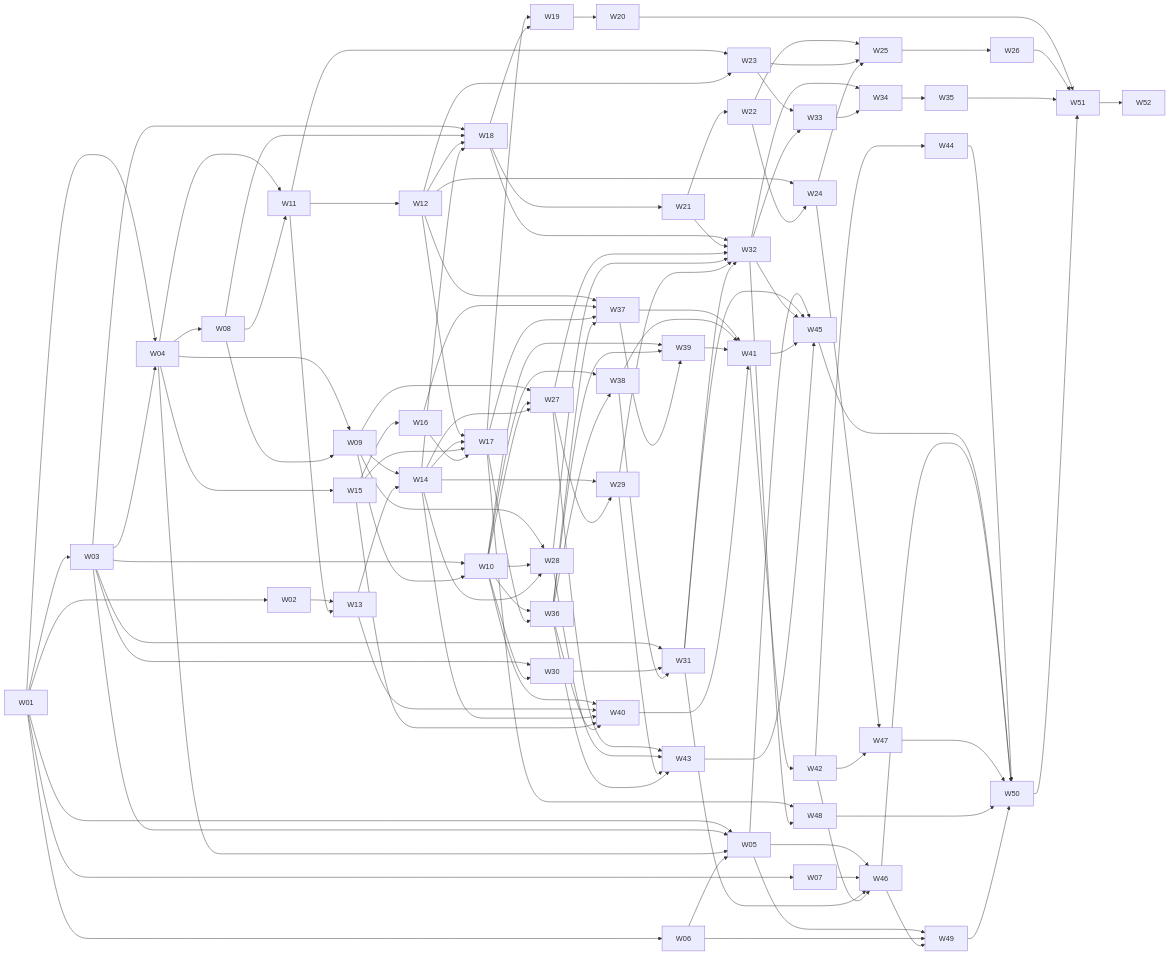
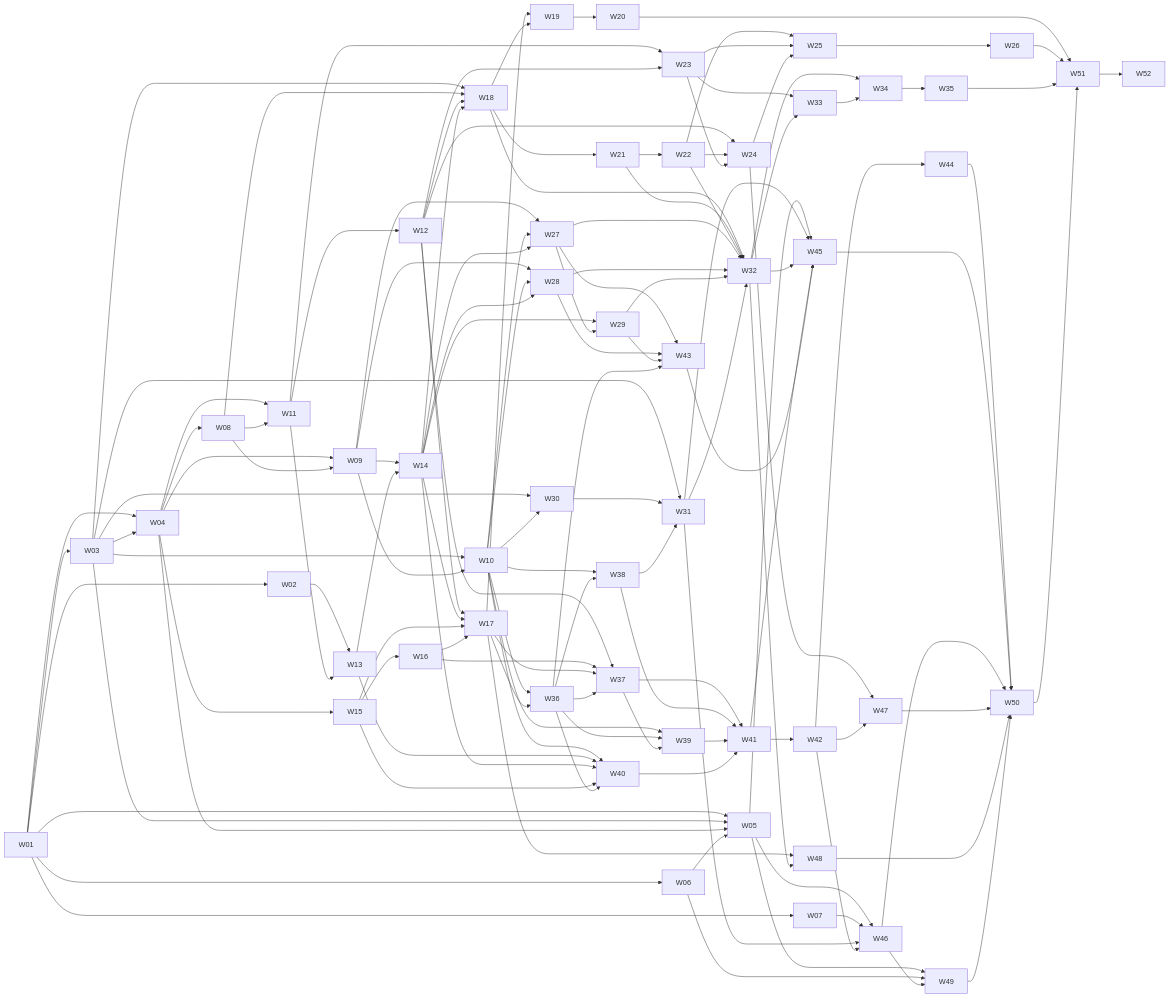
One commit to mistakenot/keyval changed the fourth of 4 diagrams in PLAN.md. Above: the diagram before and after it, drawn with Mermaid. The commit also changed other lines of this file, not shown here.

```diff
--- a/PLAN.md
+++ b/PLAN.md
@@ -1706,6 +1716,7 @@
     W12 --> W23
     W12 --> W24
     W22 --> W24
+    W23 --> W24
     W22 --> W25
     W23 --> W25
     W24 --> W25
@@ -1725,6 +1736,7 @@
     W38 --> W31
     W18 --> W32
     W21 --> W32
+    W22 --> W32
     W27 --> W32
     W28 --> W32
     W29 --> W32
```
